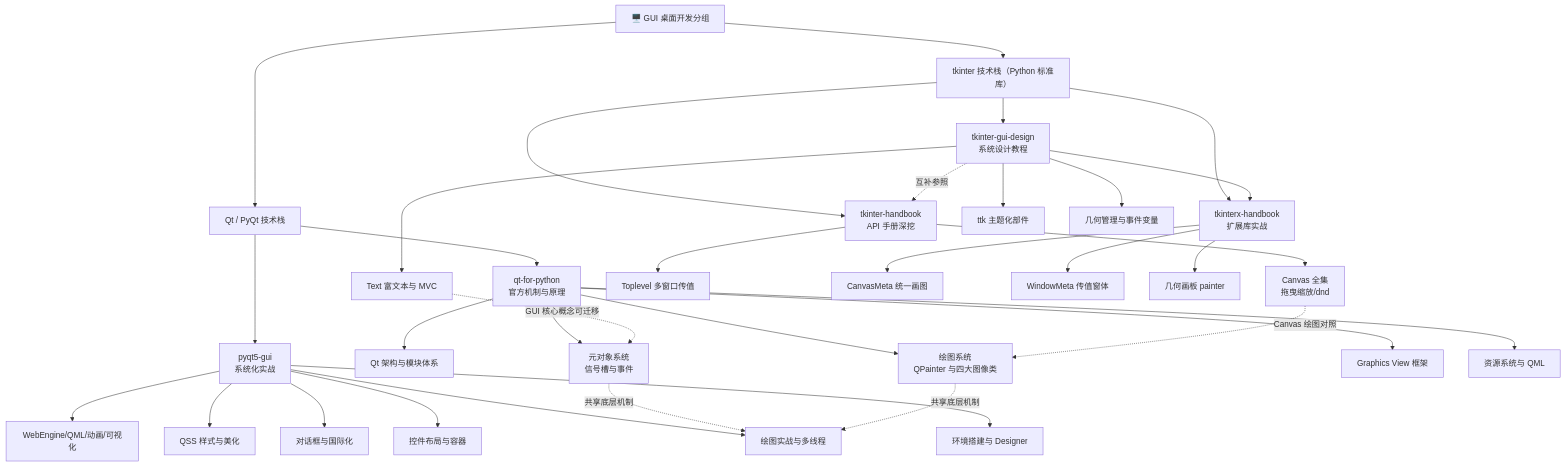
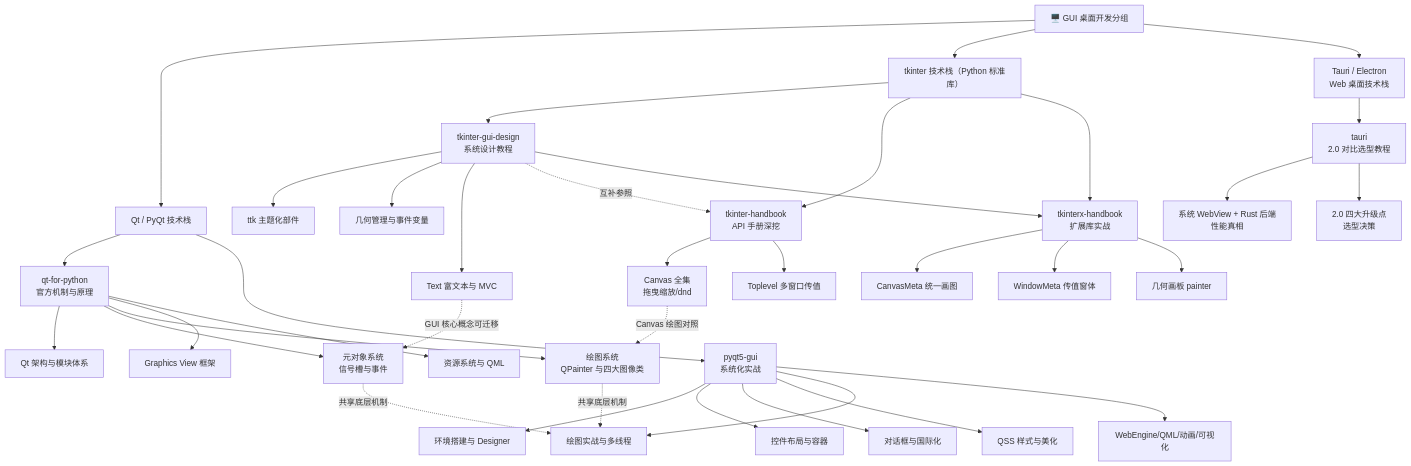
One commit to awesome-flexloop/awesome-okf changed the diagram in doc/bundles/jishu/gui/index.md. Above: the diagram before and after it, drawn with Mermaid. The commit also changed other lines of this file and 4 other files, not shown here.

````diff
--- a/doc/bundles/jishu/gui/index.md
+++ b/doc/bundles/jishu/gui/index.md
@@ -43,38 +48,43 @@
 ```mermaid
 flowchart TB
     G["🖥️ GUI 桌面开发分组"]
     Q["Qt / PyQt 技术栈"]
     T["tkinter 技术栈（Python 标准库）"]
     G --> Q
     G --> T
     Q --> A["qt-for-python<br/>官方机制与原理"]
     Q --> B["pyqt5-gui<br/>系统化实战"]
     A --> A1["Qt 架构与模块体系"]
     A --> A2["元对象系统<br/>信号槽与事件"]
     A --> A3["绘图系统<br/>QPainter 与四大图像类"]
     A --> A4["Graphics View 框架"]
     A --> A5["资源系统与 QML"]
     B --> B1["环境搭建与 Designer"]
     B --> B2["控件布局与容器"]
     B --> B3["对话框与国际化"]
     B --> B4["QSS 样式与美化"]
     B --> B5["绘图实战与多线程"]
     B --> B6["WebEngine/QML/动画/可视化"]
     T --> C["tkinter-gui-design<br/>系统设计教程"]
     T --> D["tkinter-handbook<br/>API 手册深挖"]
     T --> E["tkinterx-handbook<br/>扩展库实战"]
+    R["Tauri / Electron<br/>Web 桌面技术栈"]
+    G --> R
+    R --> F0["tauri<br/>2.0 对比选型教程"]
+    F0 --> F1["系统 WebView + Rust 后端<br/>性能真相"]
+    F0 --> F2["2.0 四大升级点<br/>选型决策"]
     C --> C1["ttk 主题化部件"]
     C --> C2["几何管理与事件变量"]
     C --> C3["Text 富文本与 MVC"]
     D --> D1["Canvas 全集<br/>拖曳缩放/dnd"]
     D --> D2["Toplevel 多窗口传值"]
     E --> E1["CanvasMeta 统一画图"]
     E --> E2["WindowMeta 传值窗体"]
     E --> E3["几何画板 painter"]
     C3 -. GUI 核心概念可迁移 .-> A2
     D1 -. Canvas 绘图对照 .-> A3
     A2 -. 共享底层机制 .-> B5
     A3 -. 共享底层机制 .-> B5
     C -. 互补参照 .-> D
     C --> E
 ```
````
